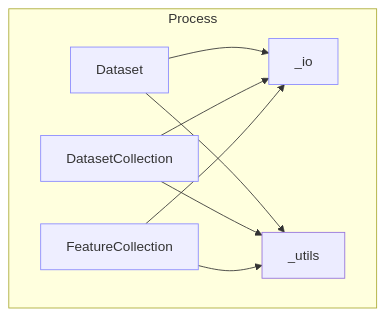
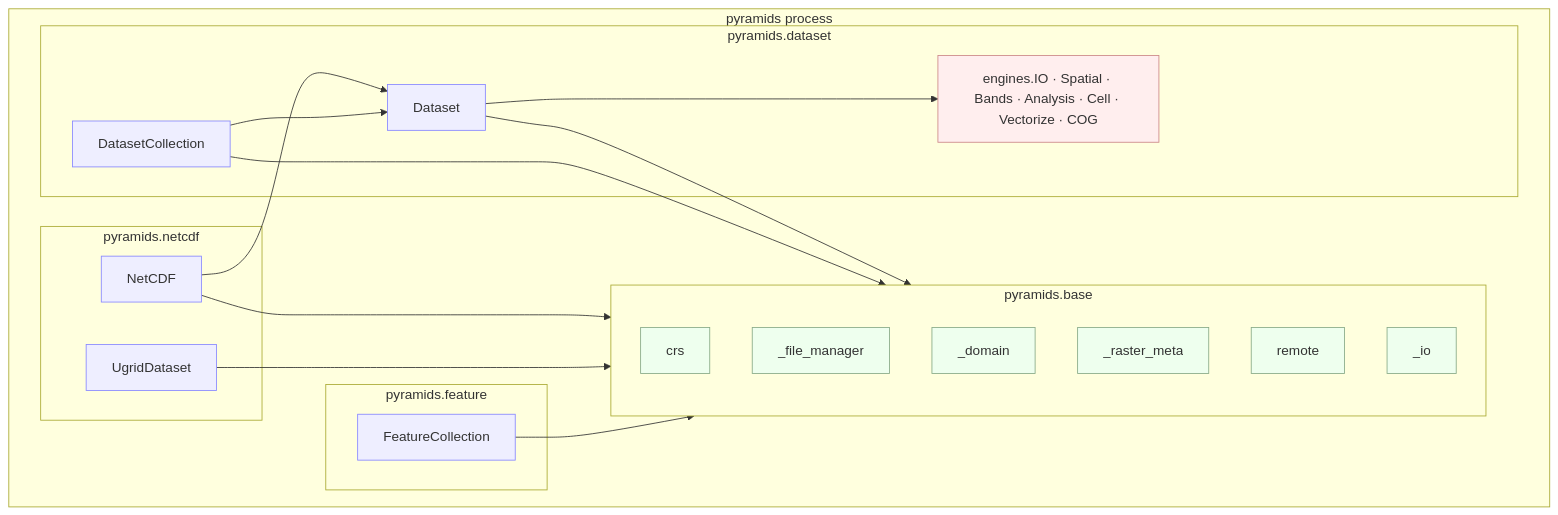
Before and after one commit to serapeum-org/pyramids: the second of 3 diagrams in docs/overview/how-it-works.md, drawn with Mermaid. The commit also changed other lines of this file and 3 other files, not shown here.

````diff
--- a/docs/overview/how-it-works.md
+++ b/docs/overview/how-it-works.md
@@ -18,12 +21,40 @@
 ```mermaid
 flowchart TB
-  subgraph Process
-    A[Dataset]:::c --> B[_io]:::c
-    C[DatasetCollection]:::c --> B
-    D[FeatureCollection]:::c --> B
-    A --> E[_utils]
-    C --> E
-    D --> E
+  subgraph Process["pyramids process"]
+    subgraph Base["pyramids.base"]
+      CRS[crs]:::b
+      FM[_file_manager]:::b
+      DOM[_domain]:::b
+      META[_raster_meta]:::b
+      REMOTE[remote]:::b
+      IO[_io]:::b
+    end
+
+    subgraph Raster["pyramids.dataset"]
+      DS[Dataset]:::c
+      DC[DatasetCollection]:::c
+      Engines[engines.IO · Spatial · Bands · Analysis · Cell · Vectorize · COG]:::e
+    end
+
+    subgraph NC["pyramids.netcdf"]
+      NCD[NetCDF]:::c
+      UG[UgridDataset]:::c
+    end
+
+    subgraph Vec["pyramids.feature"]
+      FC[FeatureCollection]:::c
+    end
+
+    DS --> Base
+    DC --> Base
+    NCD --> Base
+    UG --> Base
+    FC --> Base
+    DS --> Engines
+    NCD --> DS
+    DC --> DS
   end
   classDef c fill:#eef,stroke:#88f
+  classDef b fill:#efe,stroke:#8a8
+  classDef e fill:#fee,stroke:#c88
 ```
````
